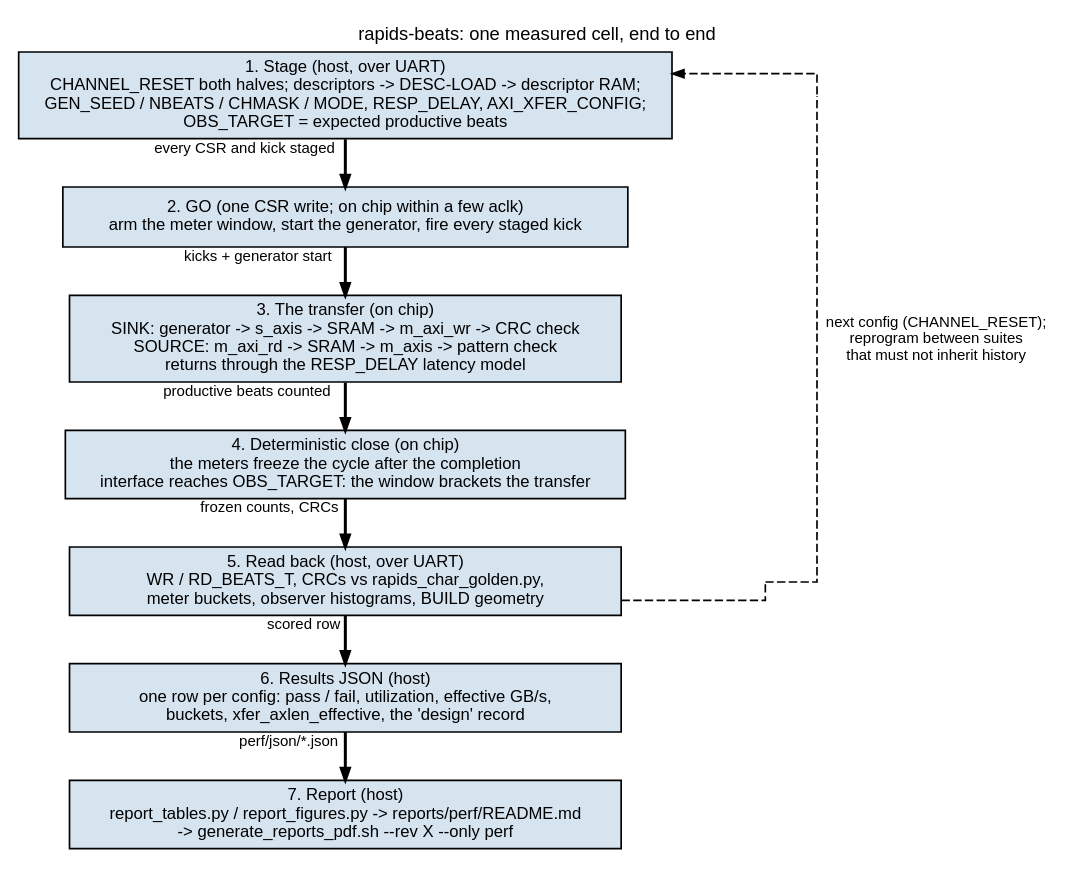
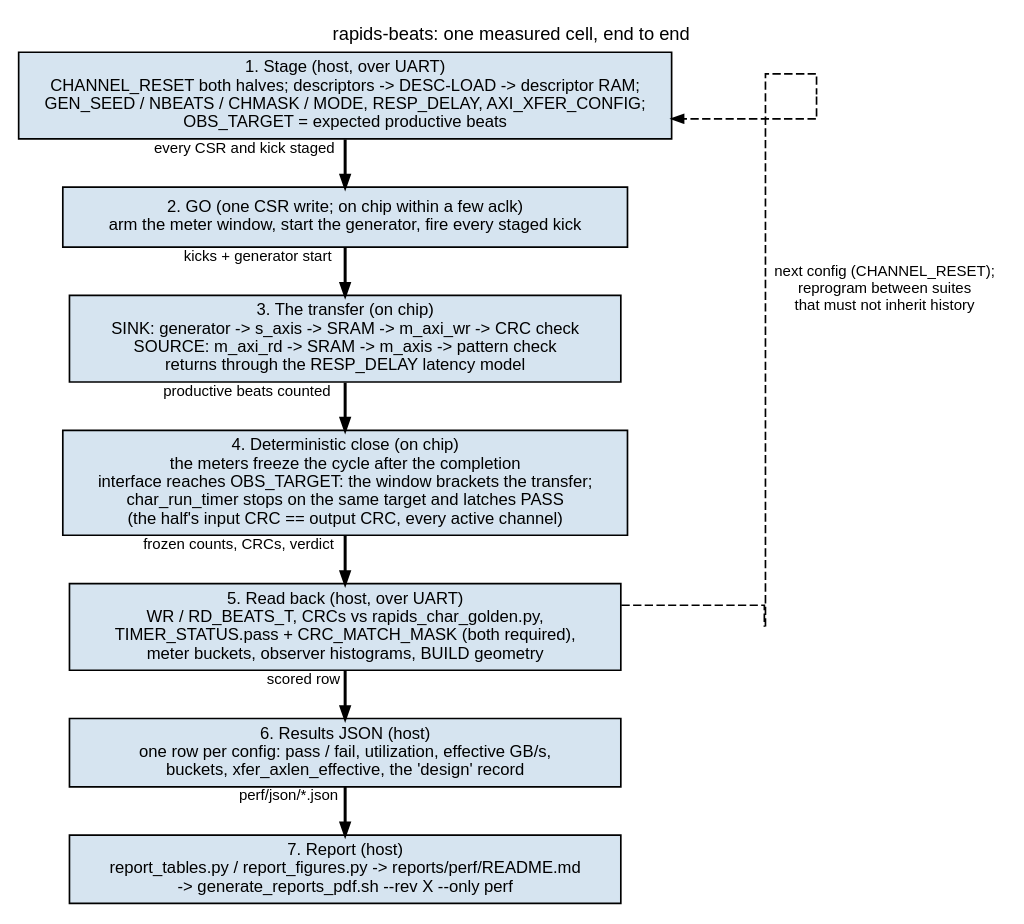
Before and after one commit to sean-galloway/RTLDesignSherpa: the diagram in projects/fpga-systems/Genesys2/dma-ip/rapids_beats/docs/rapids_fpga_system/assets/graphviz/04_measurement_path.dot, drawn with Graphviz. The commit also changed 33 other files, not shown here.

First line of the commit message:
docs(fpga-systems): run timer in the STREAM and RAPIDS system books and diagrams

```diff
--- a/projects/fpga-systems/Genesys2/dma-ip/rapids_beats/docs/rapids_fpga_system/assets/graphviz/04_measurement_path.dot
+++ b/projects/fpga-systems/Genesys2/dma-ip/rapids_beats/docs/rapids_fpga_system/assets/graphviz/04_measurement_path.dot
@@ -1,41 +1,41 @@
 // Figure 4.1 -- one measured cell, end to end. A process flow in the house
 // vocabulary (vault/handbook/authoring/block-diagrams.md): steps top-down in
 // one center column, every arrow labeled with what crosses it, the per-config
 // loop climbing the right edge dashed. Each step says where it runs (host or
 // on chip); color carries no meaning.
 // Sources: host/run_characterization.py, rtl/rapids_char_harness.sv
-// (CSR_GO, CSR_OBS_TARGET, obs_meter_freeze).
+// (CSR_GO, CSR_OBS_TARGET, obs_meter_freeze, u_char_run_timer).
 digraph measurement_path {
     graph [rankdir=TB, bgcolor="white", fontname="Helvetica", fontsize=11,
            nodesep="0.40", ranksep="0.40", splines=ortho, newrank=true,
            label="rapids-beats: one measured cell, end to end", labelloc=t];
     node  [fontname="Helvetica", fontsize=10, shape=box, style=filled,
            fillcolor="#D6E4F0", color="black", margin="0.12,0.06", width=4.6];
     edge  [fontname="Helvetica", fontsize=9, color="black", arrowsize=0.7];
 
     stage  [group=C, label="1. Stage (host, over UART)\nCHANNEL_RESET both halves; descriptors -> DESC-LOAD -> descriptor RAM;\nGEN_SEED / NBEATS / CHMASK / MODE, RESP_DELAY, AXI_XFER_CONFIG;\nOBS_TARGET = expected productive beats"];
     go     [group=C, label="2. GO (one CSR write; on chip within a few aclk)\narm the meter window, start the generator, fire every staged kick"];
     run    [group=C, label="3. The transfer (on chip)\nSINK: generator -> s_axis -> SRAM -> m_axi_wr -> CRC check\nSOURCE: m_axi_rd -> SRAM -> m_axis -> pattern check\nreturns through the RESP_DELAY latency model"];
-    freeze [group=C, label="4. Deterministic close (on chip)\nthe meters freeze the cycle after the completion\ninterface reaches OBS_TARGET: the window brackets the transfer"];
-    read   [group=C, label="5. Read back (host, over UART)\nWR / RD_BEATS_T, CRCs vs rapids_char_golden.py,\nmeter buckets, observer histograms, BUILD geometry"];
+    freeze [group=C, label="4. Deterministic close (on chip)\nthe meters freeze the cycle after the completion\ninterface reaches OBS_TARGET: the window brackets the transfer;\nchar_run_timer stops on the same target and latches PASS\n(the half's input CRC == output CRC, every active channel)"];
+    read   [group=C, label="5. Read back (host, over UART)\nWR / RD_BEATS_T, CRCs vs rapids_char_golden.py,\nTIMER_STATUS.pass + CRC_MATCH_MASK (both required),\nmeter buckets, observer histograms, BUILD geometry"];
     json   [group=C, label="6. Results JSON (host)\none row per config: pass / fail, utilization, effective GB/s,\nbuckets, xfer_axlen_effective, the 'design' record"];
     report [group=C, label="7. Report (host)\nreport_tables.py / report_figures.py -> reports/perf/README.md\n-> generate_reports_pdf.sh --rev X --only perf"];
 
     pl [shape=point, style=invis, width=0.01, label=""];
     pt [shape=point, style=invis, width=0.01, label=""];
     { rank=same; read; pl; }
     { rank=same; stage; pt; }
     read -> pl [style=invis, minlen=3];
     stage -> pt [style=invis, minlen=3];
 
     stage  -> go     [penwidth=1.8, xlabel="every CSR and kick staged"];
     go     -> run    [penwidth=1.8, xlabel="kicks + generator start"];
     run    -> freeze [penwidth=1.8, xlabel="productive beats counted"];
-    freeze -> read   [penwidth=1.8, xlabel="frozen counts, CRCs"];
+    freeze -> read   [penwidth=1.8, xlabel="frozen counts, CRCs, verdict"];
     read   -> json   [penwidth=1.8, xlabel="scored row"];
     json   -> report [penwidth=1.8, xlabel="perf/json/*.json"];
 
     read -> pl [style=dashed, dir=none];
     pl   -> pt [style=dashed, dir=none, xlabel="next config (CHANNEL_RESET);\nreprogram between suites\nthat must not inherit history"];
     pt   -> stage [style=dashed];
 }
```
